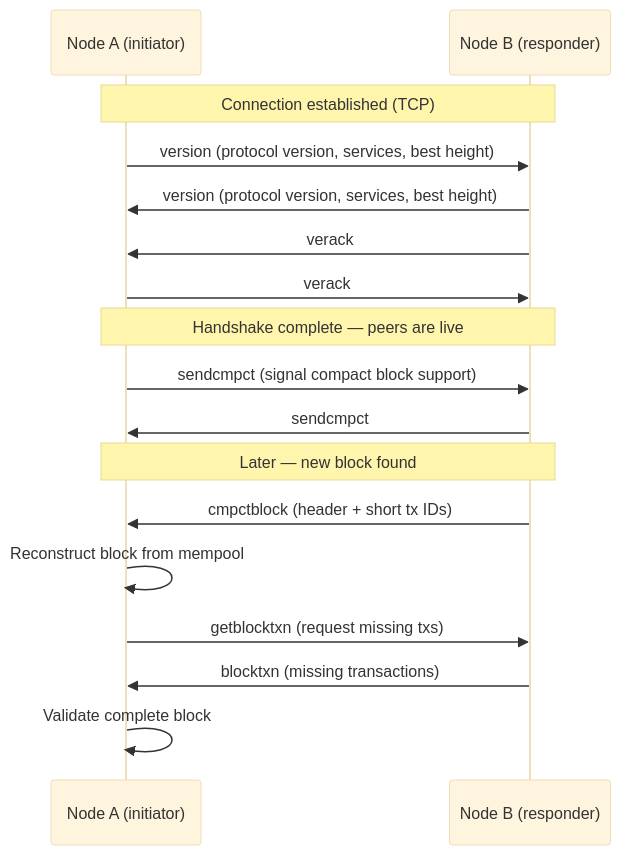
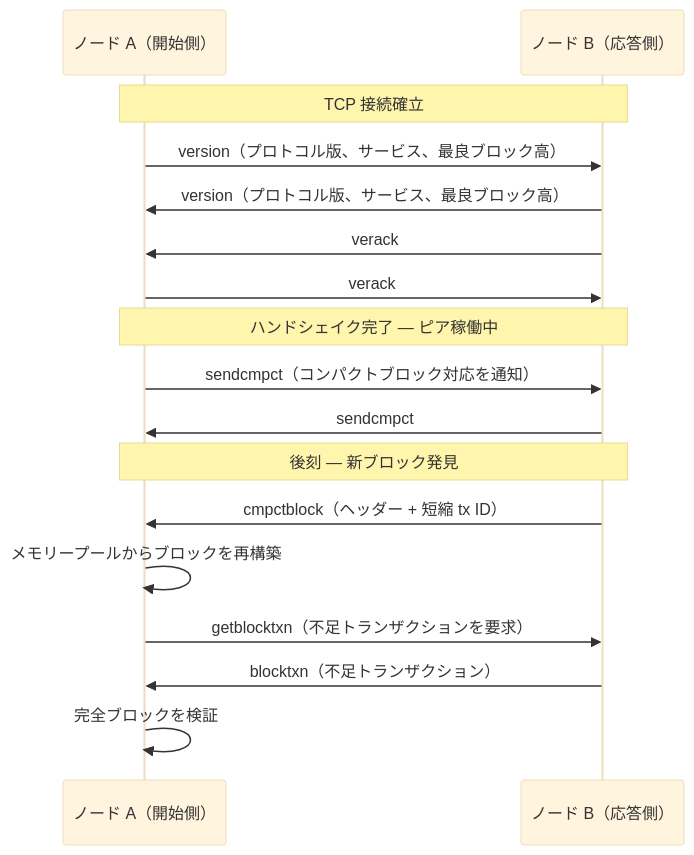
One commit to cypher256/BitcoinArchive changed the third of 5 diagrams in src/data/translations/ja/design/2009-01-03-bitcoin-p2p-network-design.md. Above: the diagram before and after it, drawn with Mermaid (base theme). The commit also changed other lines of this file and 11 other files, not shown here.

````diff
--- a/src/data/translations/ja/design/2009-01-03-bitcoin-p2p-network-design.md
+++ b/src/data/translations/ja/design/2009-01-03-bitcoin-p2p-network-design.md
@@ -145,22 +145,22 @@
 ```mermaid
 sequenceDiagram
-    participant A as Node A (initiator)
-    participant B as Node B (responder)
+    participant A as ノード A（開始側）
+    participant B as ノード B（応答側）
 
-    Note over A,B: Connection established (TCP)
-    A->>B: version (protocol version, services, best height)
-    B->>A: version (protocol version, services, best height)
+    Note over A,B: TCP 接続確立
+    A->>B: version（プロトコル版、サービス、最良ブロック高）
+    B->>A: version（プロトコル版、サービス、最良ブロック高）
     B->>A: verack
     A->>B: verack
-    Note over A,B: Handshake complete — peers are live
+    Note over A,B: ハンドシェイク完了 — ピア稼働中
 
-    A->>B: sendcmpct (signal compact block support)
+    A->>B: sendcmpct（コンパクトブロック対応を通知）
     B->>A: sendcmpct
 
-    Note over A,B: Later — new block found
-    B->>A: cmpctblock (header + short tx IDs)
-    A->>A: Reconstruct block from mempool
-    A->>B: getblocktxn (request missing txs)
-    B->>A: blocktxn (missing transactions)
-    A->>A: Validate complete block
+    Note over A,B: 後刻 — 新ブロック発見
+    B->>A: cmpctblock（ヘッダー + 短縮 tx ID）
+    A->>A: メモリープールからブロックを再構築
+    A->>B: getblocktxn（不足トランザクションを要求）
+    B->>A: blocktxn（不足トランザクション）
+    A->>A: 完全ブロックを検証
 ```
````
